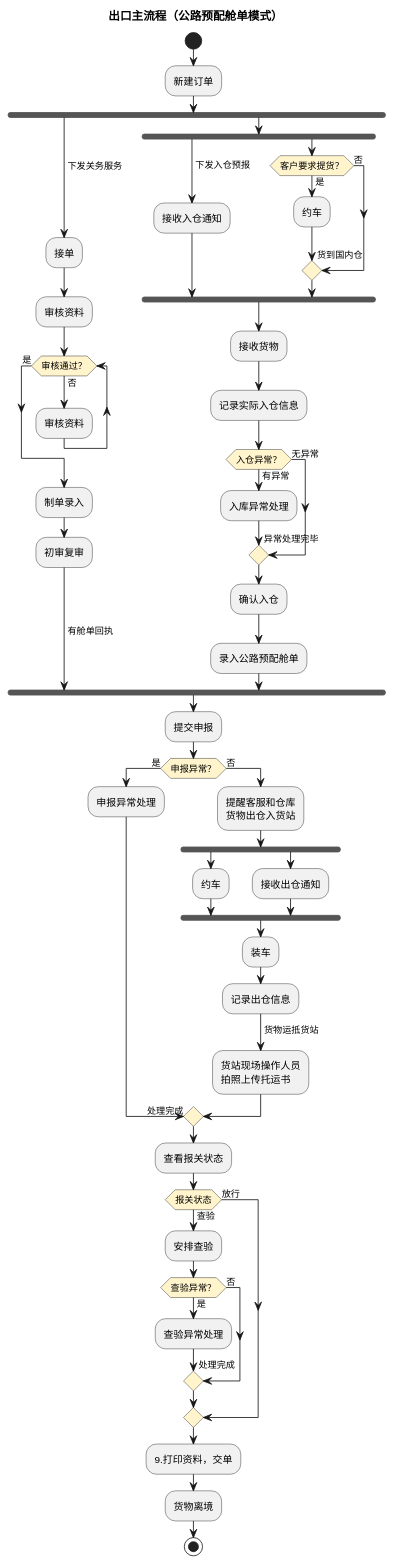
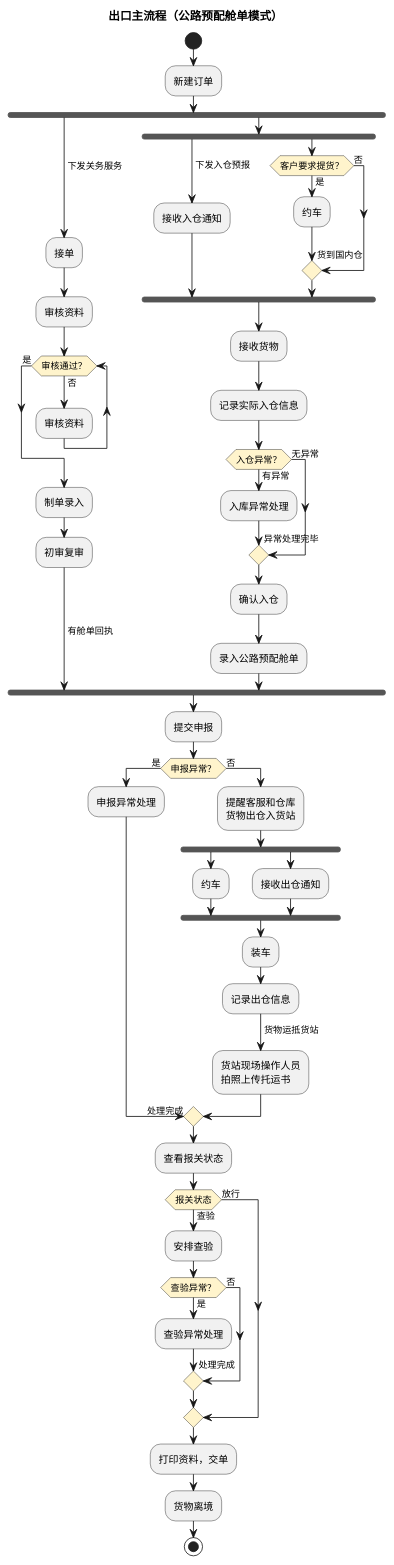
One commit to jack888332/projects-doc changed the ninth of 11 diagrams in product-caliber/goldjet/segmented-prd/mainflow/PRD.高捷物流系统一期.主流程.03.普货进出口关务详细流程.md. Above: the diagram before and after it, drawn with PlantUML. The commit also changed other lines of this file and 24 other files, not shown here.

````diff
--- a/product-caliber/goldjet/segmented-prd/mainflow/PRD.高捷物流系统一期.主流程.03.普货进出口关务详细流程.md
+++ b/product-caliber/goldjet/segmented-prd/mainflow/PRD.高捷物流系统一期.主流程.03.普货进出口关务详细流程.md
@@ -281,68 +280,68 @@
 ```plantuml
 @startuml
 skinparam activityDiamondBackgroundColor #FFF4CC
 title 出口主流程（公路预配舱单模式）
 start
 :新建订单;
 fork
   -> 下发关务服务;
   :接单;
   :审核资料;
   while (审核通过？) is (否)
     :审核资料;
   endwhile (是)
   :制单录入;
   :初审复审;
   -> 有舱单回执;
 fork again
   fork
     -> 下发入仓预报;
     :接收入仓通知;
   fork again
     if (客户要求提货？) then (是)
       :约车;
       -> 货到国内仓;
     else (否)
     endif
   end fork
   :接收货物;
   :记录实际入仓信息;
   if (入仓异常？) then (有异常)
     :入库异常处理;
     -> 异常处理完毕;
   else (无异常)
   endif
   :确认入仓;
   :录入公路预配舱单;
 end fork
 :提交申报;
 if (申报异常？) then (是)
   :申报异常处理;
   -> 处理完成;
 else (否)
   :提醒客服和仓库\n货物出仓入货站;
   fork
     :约车;
   fork again
     :接收出仓通知;
   end fork
   :装车;
   :记录出仓信息;
   -> 货物运抵货站;
   :货站现场操作人员\n拍照上传托运书;
 endif
 :查看报关状态;
 if (报关状态) then (查验)
   :安排查验;
   if (查验异常？) then (是)
     :查验异常处理;
     -> 处理完成;
   else (否)
   endif
 else (放行)
 endif
-:9.打印资料，交单;
+:打印资料，交单;
 :货物离境;
 stop
 @enduml
 ```
````
